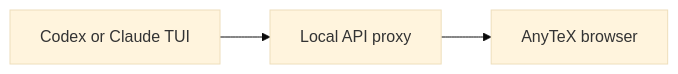
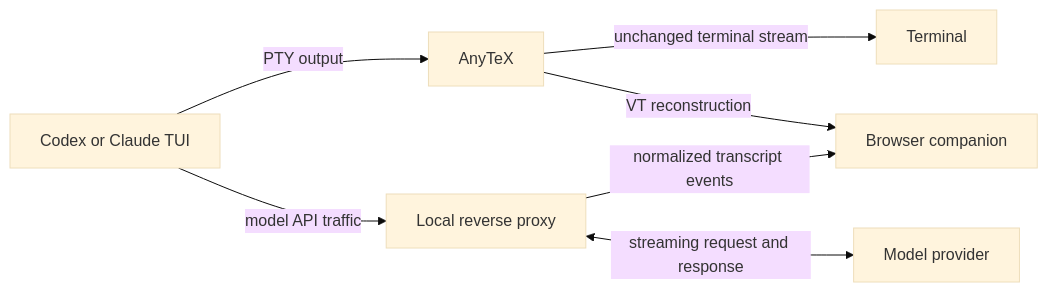
The diagram in README.md (acb3688/simultex), drawn with Mermaid (base theme) before and after one commit. The commit also changed other lines of this file and 2 other files, not shown here.

````diff
--- a/README.md
+++ b/README.md
@@ -103,5 +52,9 @@
 ```mermaid
 flowchart LR
-    TUI[Codex or Claude TUI] --> Proxy[Local API proxy]
-    Proxy --> Browser[AnyTeX browser]
+    TUI[Codex or Claude TUI] -->|PTY output| AnyTeX
+    AnyTeX -->|unchanged terminal stream| Terminal
+    AnyTeX -->|VT reconstruction| Browser[Browser companion]
+    TUI -->|model API traffic| Proxy[Local reverse proxy]
+    Proxy -->|normalized transcript events| Browser
+    Proxy <-->|streaming request and response| Provider[Model provider]
 ```
````
